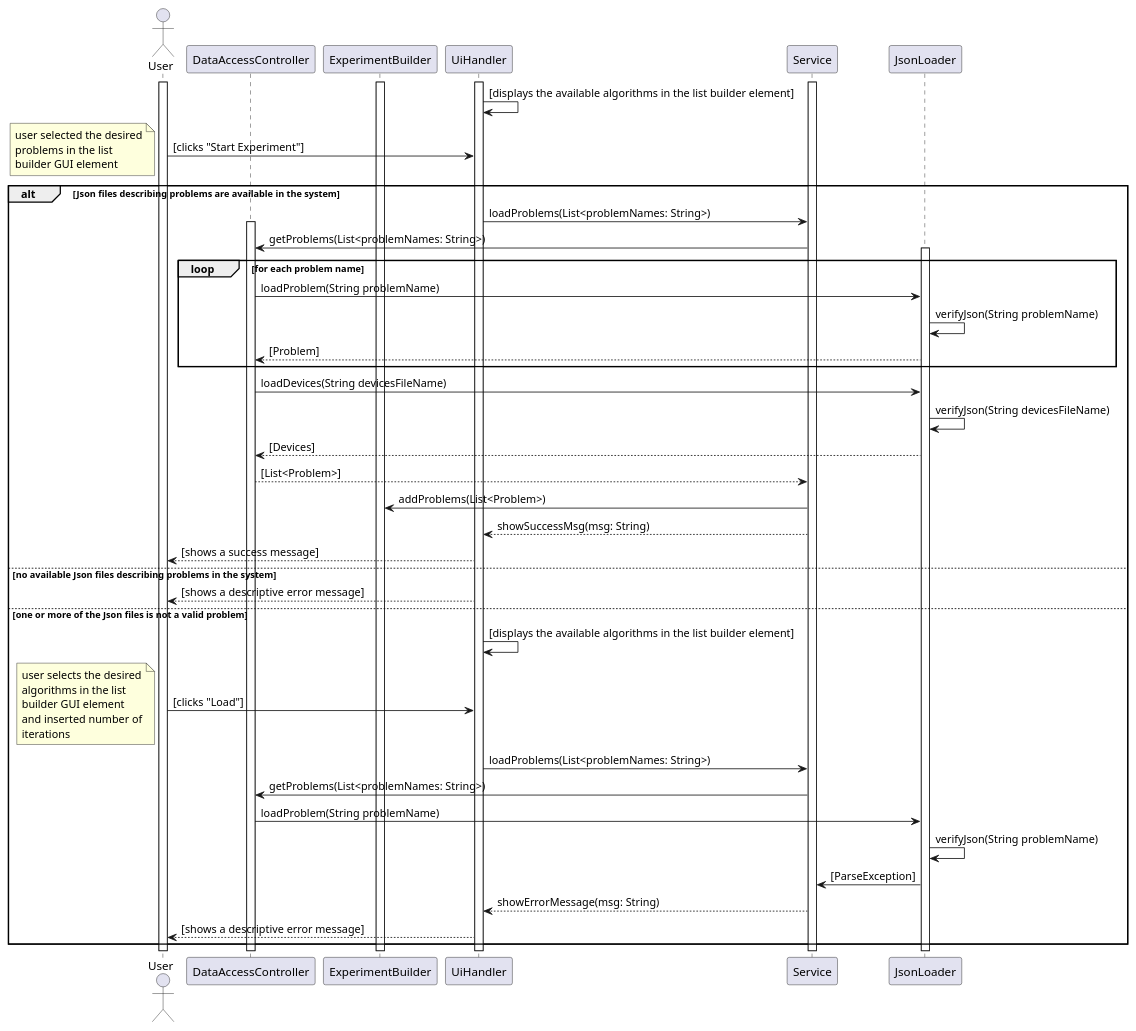
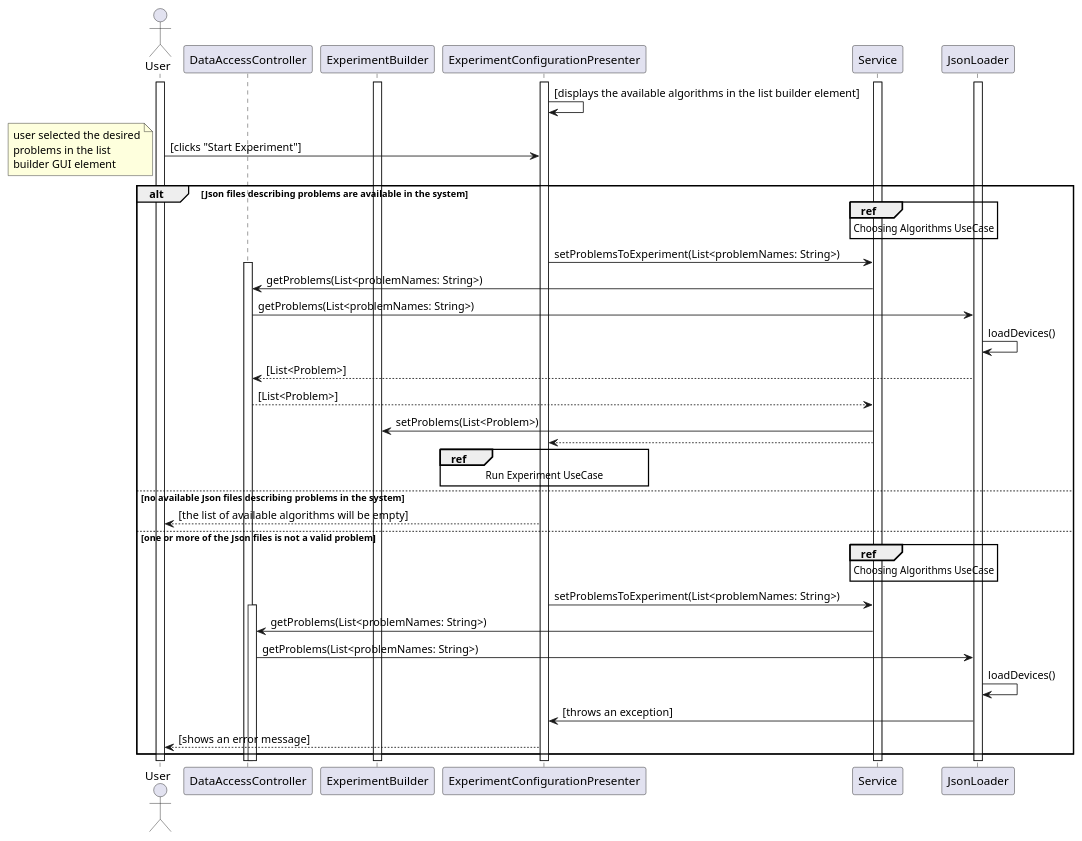
Before and after one commit to miamiHits/FinalProject: the diagram in Docs/Diagrams/behaviour diagrams/scripts/dataChooseSeq.puml, drawn with PlantUML. The commit also changed 9 other files, not shown here.

Commit message:
updating the sequence diagram accorsing to the current implementation

```diff
--- a/Docs/Diagrams/behaviour diagrams/scripts/dataChooseSeq.puml
+++ b/Docs/Diagrams/behaviour diagrams/scripts/dataChooseSeq.puml
@@ -1,73 +1,66 @@
 @startuml
 actor User as u
 participant DataAccessController as DAC
 participant ExperimentBuilder as EB
 
 activate u
-activate UiHandler
+activate ExperimentConfigurationPresenter
 activate Service
 activate EB
+activate JsonLoader
 
 
-UiHandler -> UiHandler : [displays the available algorithms in the list builder element]
-u -> UiHandler : [clicks "Start Experiment"]
+ExperimentConfigurationPresenter -> ExperimentConfigurationPresenter : [displays the available algorithms in the list builder element]
+u -> ExperimentConfigurationPresenter : [clicks "Start Experiment"]
+
+note left
+    user selected the desired
+    problems in the list
+    builder GUI element
+end note
 
 alt Json files describing problems are available in the system
 
-    note left
-        user selected the desired
-        problems in the list
-        builder GUI element
-    end note
+    ref over Service : Choosing Algorithms UseCase
 
-    UiHandler -> Service : loadProblems(List<problemNames: String>)
+    ExperimentConfigurationPresenter -> Service : setProblemsToExperiment(List<problemNames: String>)
 
     activate DAC
     Service -> DAC : getProblems(List<problemNames: String>)
 
-    loop for each problem name
-        activate JsonLoader
-        DAC -> JsonLoader : loadProblem(String problemName)
-        JsonLoader -> JsonLoader : verifyJson(String problemName)
-        JsonLoader --> DAC : [Problem]
-    end
+    DAC -> JsonLoader : getProblems(List<problemNames: String>)
 
-    DAC -> JsonLoader : loadDevices(String devicesFileName)
-    JsonLoader -> JsonLoader : verifyJson(String devicesFileName)
-    JsonLoader --> DAC : [Devices]
+    JsonLoader -> JsonLoader : loadDevices()
+
+    JsonLoader --> DAC : [List<Problem>]
 
     DAC -->Service : [List<Problem>]
-    Service -> EB : addProblems(List<Problem>)
-    Service --> UiHandler : showSuccessMsg(msg: String)
-    UiHandler --> u : [shows a success message]
+    Service -> EB : setProblems(List<Problem>)
+    Service --> ExperimentConfigurationPresenter
+
+    ref over ExperimentConfigurationPresenter : Run Experiment UseCase
 
 else no available Json files describing problems in the system
 
-    UiHandler --> u : [shows a descriptive error message]
+    ExperimentConfigurationPresenter --> u : [the list of available algorithms will be empty]
 
 else one or more of the Json files is not a valid problem
 
-    UiHandler -> UiHandler : [displays the available algorithms in the list builder element]
-    u -> UiHandler : [clicks "Load"]
-    note left
-        user selects the desired
-        algorithms in the list
-        builder GUI element
-        and inserted number of
-        iterations
-    end note
+    ref over Service : Choosing Algorithms UseCase
 
-    UiHandler -> Service : loadProblems(List<problemNames: String>)
+    ExperimentConfigurationPresenter -> Service : setProblemsToExperiment(List<problemNames: String>)
 
+    activate DAC
     Service -> DAC : getProblems(List<problemNames: String>)
 
-    DAC -> JsonLoader : loadProblem(String problemName)
-    JsonLoader -> JsonLoader : verifyJson(String problemName)
-    JsonLoader -> Service : [ParseException]
-    Service --> UiHandler : showErrorMessage(msg: String)
-    UiHandler --> u : [shows a descriptive error message]
+    DAC -> JsonLoader : getProblems(List<problemNames: String>)
+
+    JsonLoader -> JsonLoader : loadDevices()
+
+    JsonLoader -> ExperimentConfigurationPresenter : [throws an exception]
+    ExperimentConfigurationPresenter --> u : [shows an error message]
 end
 
 
 
 @enduml
```
